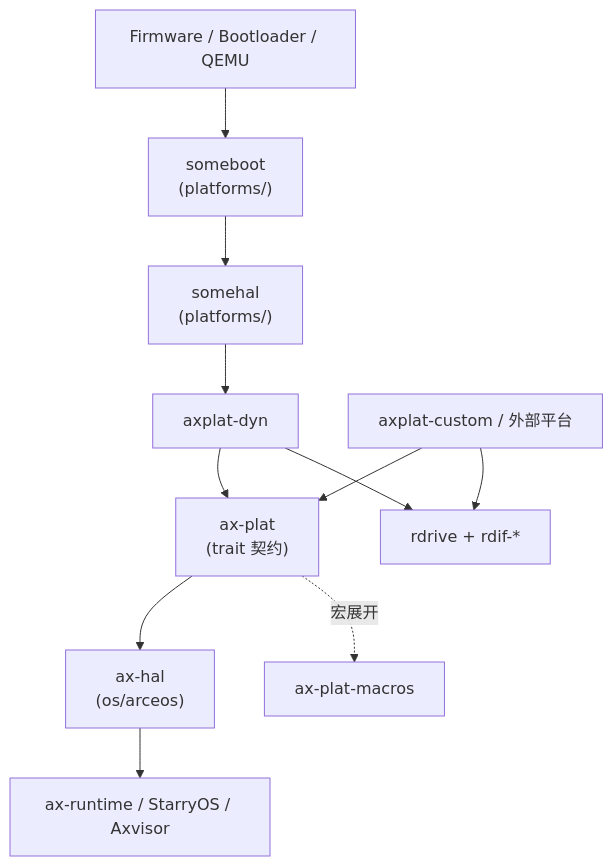
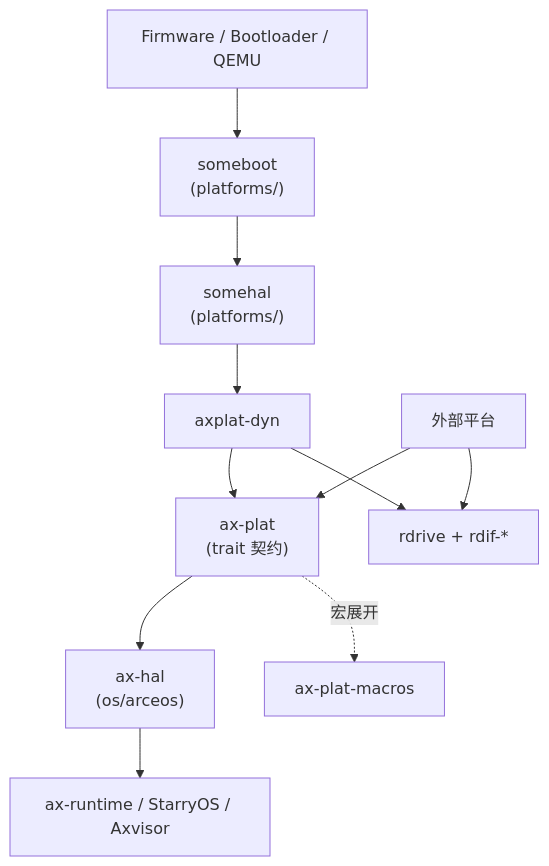
Before and after one commit to rcore-os/tgoskits: the diagram in docs/docs/architecture/platform/overview.md, drawn with Mermaid. The commit also changed other lines of this file and 15 other files, not shown here.

Commit message:
refactor(axplat-custom): remove template crate and update docs to reference external platforms

````diff
--- a/docs/docs/architecture/platform/overview.md
+++ b/docs/docs/architecture/platform/overview.md
@@ -27,13 +26,13 @@
 ```mermaid
 flowchart TD
     Firmware["Firmware / Bootloader / QEMU"] --> Someboot["someboot<br/>(platforms/)"]
     Someboot --> Somehal["somehal<br/>(platforms/)"]
     Somehal --> Dyn["axplat-dyn"]
-    Custom["axplat-custom / 外部平台"] --> AxPlat["ax-plat<br/>(trait 契约)"]
+    External["外部平台"] --> AxPlat["ax-plat<br/>(trait 契约)"]
     Dyn --> AxPlat
     AxPlat --> AxHal["ax-hal<br/>(os/arceos)"]
     AxHal --> Runtime["ax-runtime / StarryOS / Axvisor"]
     Dyn --> Rdrive["rdrive + rdif-*"]
-    Custom --> Rdrive
+    External --> Rdrive
     AxPlat -. 宏展开 .-> AxPlatMacros["ax-plat-macros"]
 ```
````
